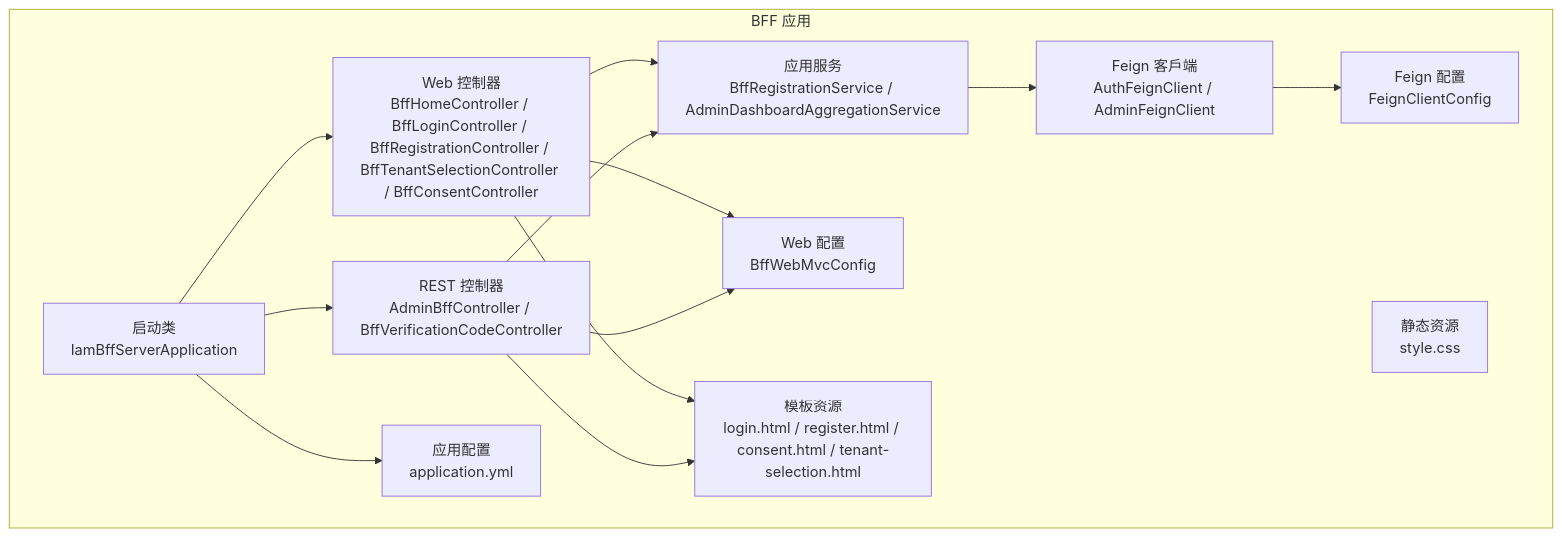
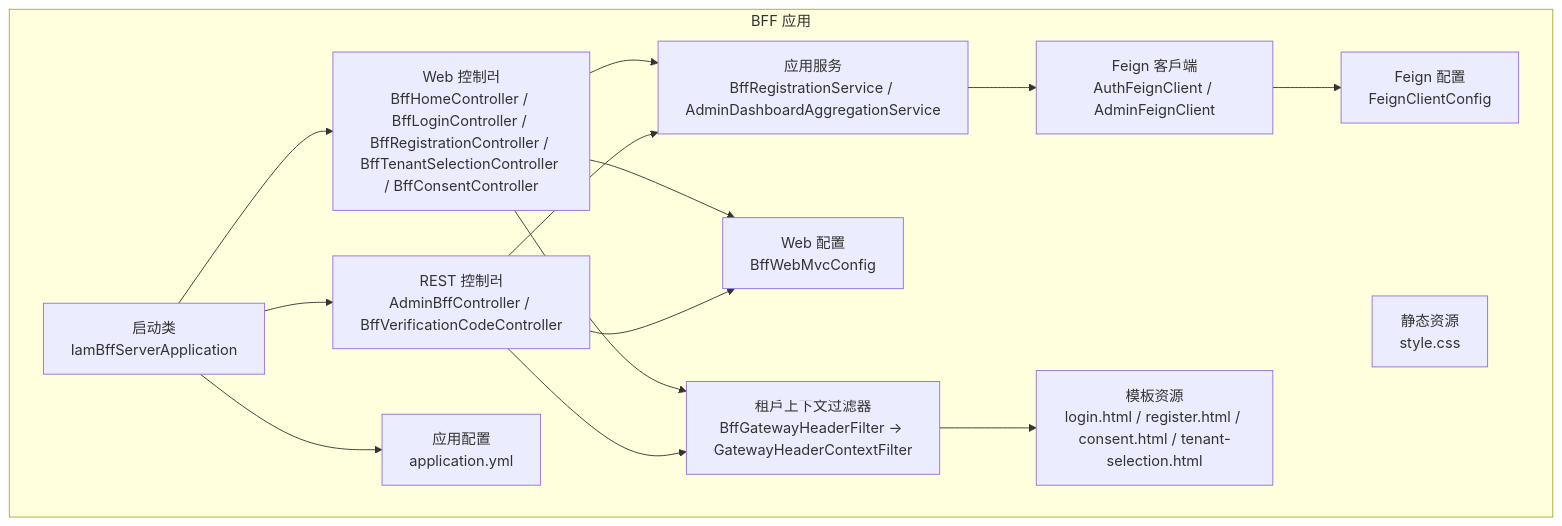
One commit to fq0121104930716/iam-platform changed the first of 8 diagrams in .qoder/repowiki/zh/content/核心模块/前端代理服务器 (iam-bff-server).md. Above: the diagram before and after it, drawn with Mermaid. The commit also changed other lines of this file and 13 other files, not shown here.

````diff
--- a/.qoder/repowiki/zh/content/核心模块/前端代理服务器 (iam-bff-server).md
+++ b/.qoder/repowiki/zh/content/核心模块/前端代理服务器 (iam-bff-server).md
@@ -53,26 +57,28 @@
 ```mermaid
 graph TB
 subgraph "BFF 应用"
 A["启动类<br/>IamBffServerApplication"]
-B["Web 控制器<br/>BffHomeController / BffLoginController / BffRegistrationController / BffTenantSelectionController / BffConsentController"]
-C["REST 控制器<br/>AdminBffController / BffVerificationCodeController"]
+B["Web 控制러<br/>BffHomeController / BffLoginController / BffRegistrationController / BffTenantSelectionController / BffConsentController"]
+C["REST 控制러<br/>AdminBffController / BffVerificationCodeController"]
 D["应用服务<br/>BffRegistrationService / AdminDashboardAggregationService"]
 E["Feign 客户端<br/>AuthFeignClient / AdminFeignClient"]
 F["Web 配置<br/>BffWebMvcConfig"]
 G["Feign 配置<br/>FeignClientConfig"]
-H["模板资源<br/>login.html / register.html / consent.html / tenant-selection.html"]
-I["静态资源<br/>style.css"]
-J["应用配置<br/>application.yml"]
+H["租户上下文过滤器<br/>BffGatewayHeaderFilter -> GatewayHeaderContextFilter"]
+I["模板资源<br/>login.html / register.html / consent.html / tenant-selection.html"]
+J["静态资源<br/>style.css"]
+K["应用配置<br/>application.yml"]
 end
 A --> B
 A --> C
 B --> D
 C --> D
 D --> E
 B --> F
 C --> F
 E --> G
 B --> H
 C --> H
-A --> J
+H --> I
+A --> K
 ```
````
